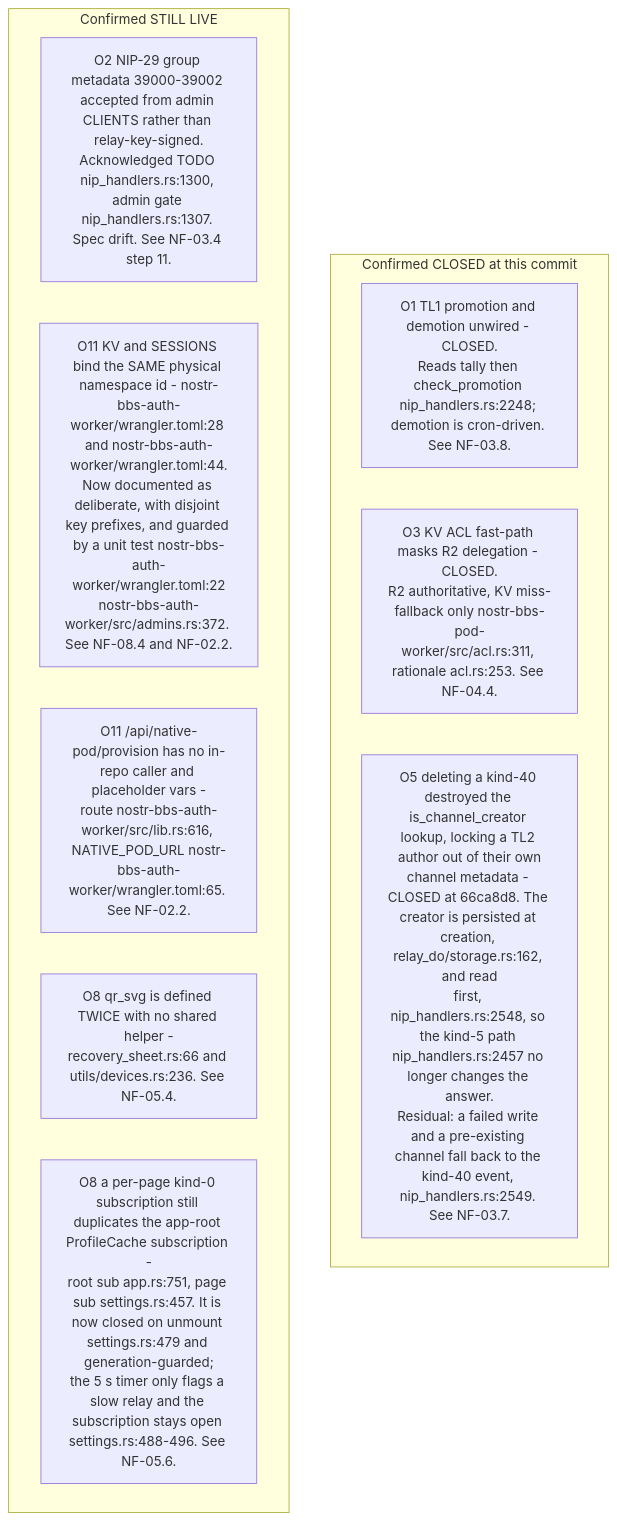
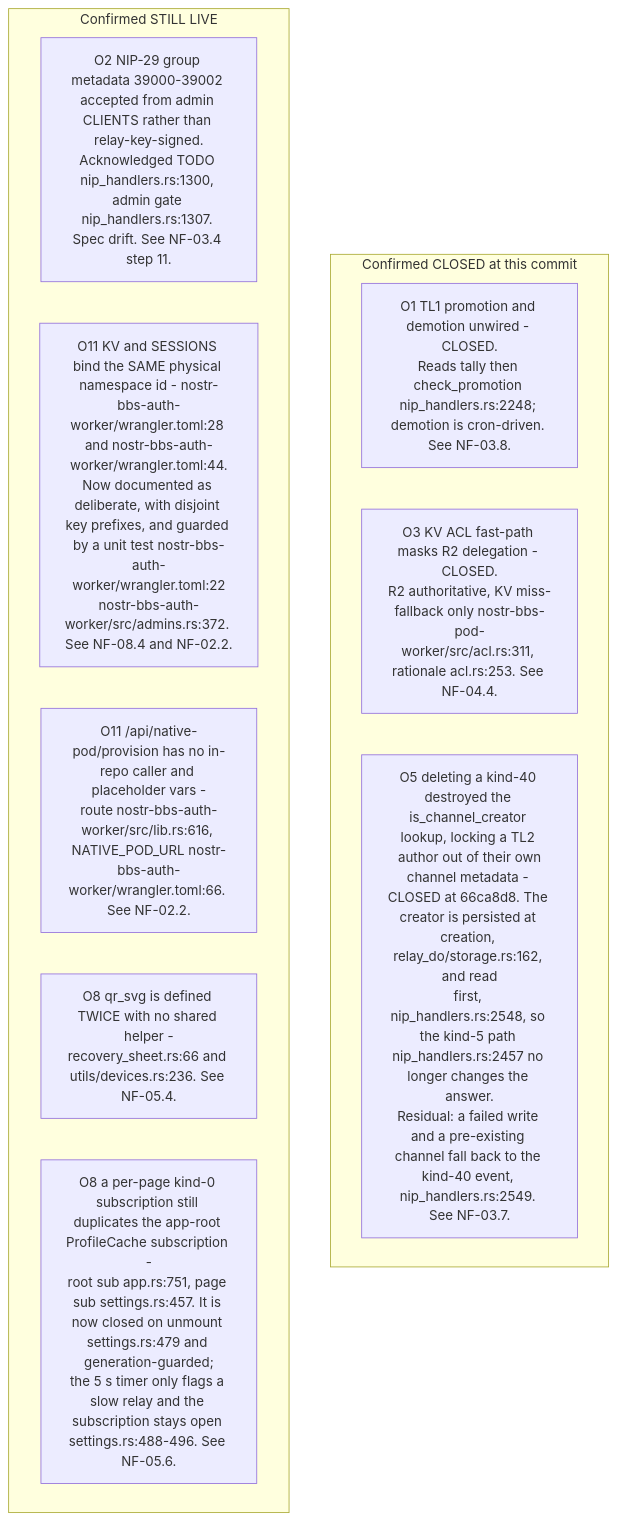
Before and after one commit to DreamLab-AI/VisionFlow: the third of 10 diagrams in docs/diagrams/nostr-rust-forum/10-invariants-and-anomaly-register.md, drawn with Mermaid. The commit also changed other lines of this file and 142 other files, not shown here.

First line of the commit message:
docs(diagrams): one System One route; re-verify 140 topics at today's heads

````diff
--- a/docs/diagrams/nostr-rust-forum/10-invariants-and-anomaly-register.md
+++ b/docs/diagrams/nostr-rust-forum/10-invariants-and-anomaly-register.md
@@ -100,15 +100,15 @@
 ```mermaid
 flowchart TB
     subgraph closed["Confirmed CLOSED at this commit"]
         O1["O1 TL1 promotion and demotion unwired - CLOSED.<br/>Reads tally then check_promotion nip_handlers.rs:2248; demotion is cron-driven. See NF-03.8."]
         O3["O3 KV ACL fast-path masks R2 delegation - CLOSED.<br/>R2 authoritative, KV miss-fallback only nostr-bbs-pod-worker/src/acl.rs:311, rationale acl.rs:253. See NF-04.4."]
         O5["O5 deleting a kind-40 destroyed the is_channel_creator lookup, locking a TL2 author out of their own<br/>channel metadata - CLOSED at 66ca8d8. The creator is persisted at creation, relay_do/storage.rs:162, and read<br/>first, nip_handlers.rs:2548, so the kind-5 path nip_handlers.rs:2457 no longer changes the answer.<br/>Residual: a failed write and a pre-existing channel fall back to the kind-40 event, nip_handlers.rs:2549. See NF-03.7."]
     end
     subgraph live["Confirmed STILL LIVE"]
         O2["O2 NIP-29 group metadata 39000-39002 accepted from admin CLIENTS rather than relay-key-signed.<br/>Acknowledged TODO nip_handlers.rs:1300, admin gate nip_handlers.rs:1307. Spec drift. See NF-03.4 step 11."]
         O11a["O11 KV and SESSIONS bind the SAME physical namespace id - nostr-bbs-auth-worker/wrangler.toml:28 and nostr-bbs-auth-worker/wrangler.toml:44.<br/>Now documented as deliberate, with disjoint key prefixes, and guarded by a unit test nostr-bbs-auth-worker/wrangler.toml:22<br/>nostr-bbs-auth-worker/src/admins.rs:372. See NF-08.4 and NF-02.2."]
-        O11b["O11 /api/native-pod/provision has no in-repo caller and placeholder vars -<br/>route nostr-bbs-auth-worker/src/lib.rs:616, NATIVE_POD_URL nostr-bbs-auth-worker/wrangler.toml:65. See NF-02.2."]
+        O11b["O11 /api/native-pod/provision has no in-repo caller and placeholder vars -<br/>route nostr-bbs-auth-worker/src/lib.rs:616, NATIVE_POD_URL nostr-bbs-auth-worker/wrangler.toml:66. See NF-02.2."]
         O8a["O8 qr_svg is defined TWICE with no shared helper -<br/>recovery_sheet.rs:66 and utils/devices.rs:236. See NF-05.4."]
         O8b["O8 a per-page kind-0 subscription still duplicates the app-root ProfileCache subscription -<br/>root sub app.rs:751, page sub settings.rs:457. It is now closed on unmount settings.rs:479 and generation-guarded;<br/>the 5 s timer only flags a slow relay and the subscription stays open settings.rs:488-496. See NF-05.6."]
     end
 ```
````
